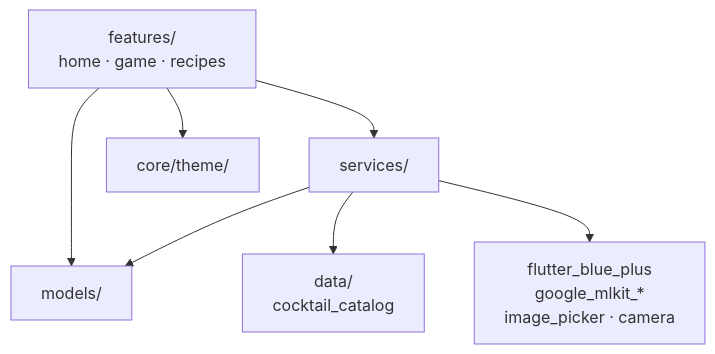
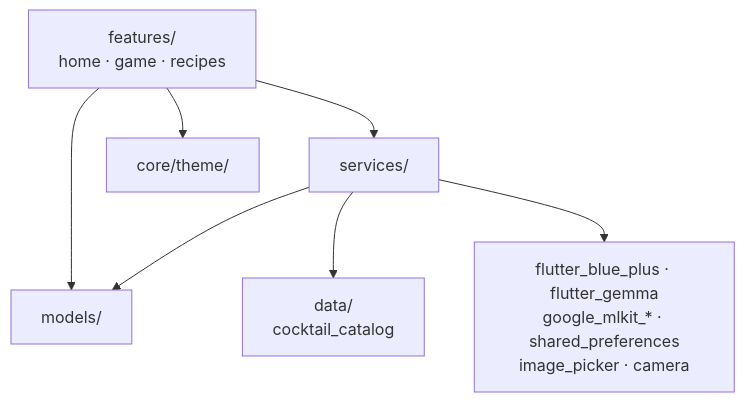
Before and after one commit to Hubert005/IoT_Projekt: the diagram in docs/frontend/README.md, drawn with Mermaid. The commit also changed other lines of this file and 19 other files, not shown here.

````diff
--- a/docs/frontend/README.md
+++ b/docs/frontend/README.md
@@ -15,16 +21,16 @@
 ```mermaid
 graph TD
     UI["features/<br/>home · game · recipes"]
     Services[services/]
     Models[models/]
     Data[data/<br/>cocktail_catalog]
     Core[core/theme/]
-    Plugins["flutter_blue_plus<br/>google_mlkit_*<br/>image_picker · camera"]
+    Plugins["flutter_blue_plus · flutter_gemma<br/>google_mlkit_* · shared_preferences<br/>image_picker · camera"]
 
     UI --> Services
     UI --> Models
     UI --> Core
     Services --> Models
     Services --> Data
     Services --> Plugins
 ```
````
